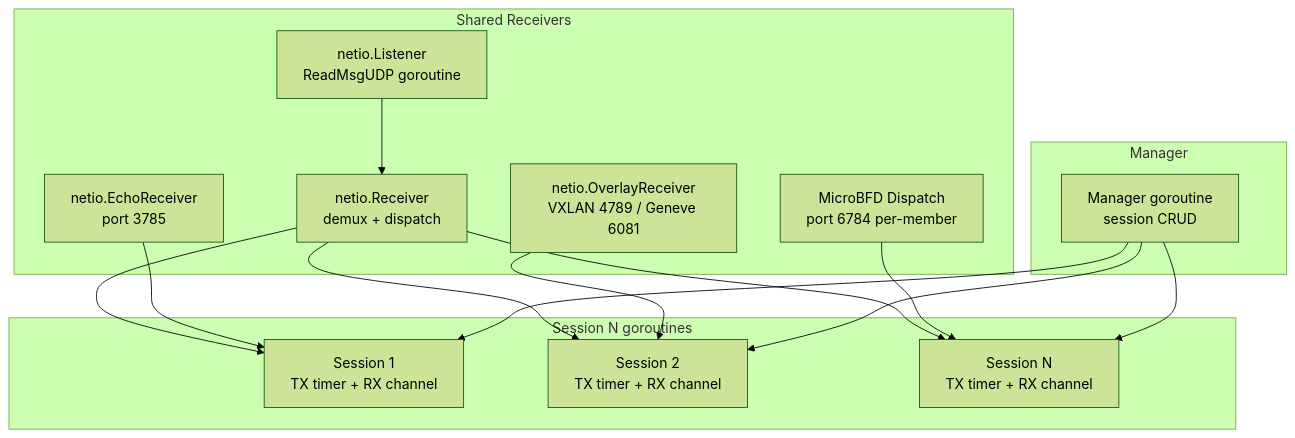
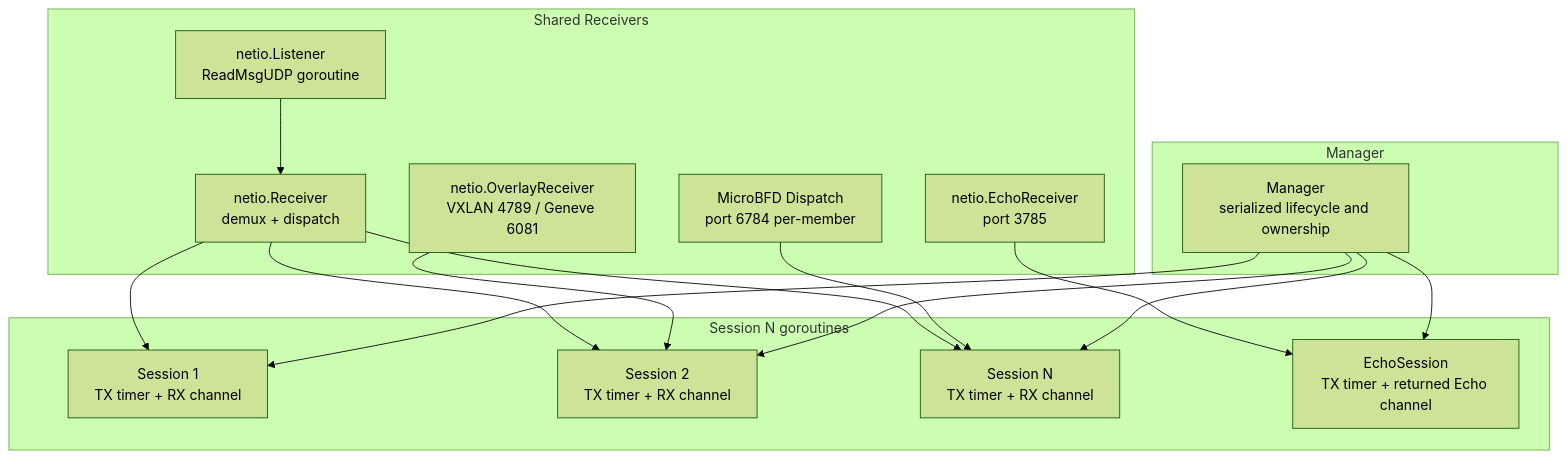
One commit to dantte-lp/gobfd changed the sixth of 6 diagrams in docs/en/01-architecture.md. Above: the diagram before and after it, drawn with Mermaid (forest theme). The commit also changed other lines of this file and 53 other files, not shown here.

````diff
--- a/docs/en/01-architecture.md
+++ b/docs/en/01-architecture.md
@@ -535,31 +542,33 @@
 ```mermaid
 graph TB
     subgraph "Manager"
-        M["Manager goroutine<br/>session CRUD"]
+        M["Manager<br/>serialized lifecycle and ownership"]
     end
 
     subgraph "Session N goroutines"
         S1["Session 1<br/>TX timer + RX channel"]
         S2["Session 2<br/>TX timer + RX channel"]
         SN["Session N<br/>TX timer + RX channel"]
+        E["EchoSession<br/>TX timer + returned Echo channel"]
     end
 
     subgraph "Shared Receivers"
         L["netio.Listener<br/>ReadMsgUDP goroutine"]
         R["netio.Receiver<br/>demux + dispatch"]
         ER["netio.EchoReceiver<br/>port 3785"]
         OR["netio.OverlayReceiver<br/>VXLAN 4789 / Geneve 6081"]
         MD["MicroBFD Dispatch<br/>port 6784 per-member"]
     end
 
     L --> R
     R --> S1
     R --> S2
     R --> SN
-    ER --> S1
+    ER --> E
     OR --> S2
     MD --> SN
     M --> S1
     M --> S2
     M --> SN
+    M --> E
 ```
````
